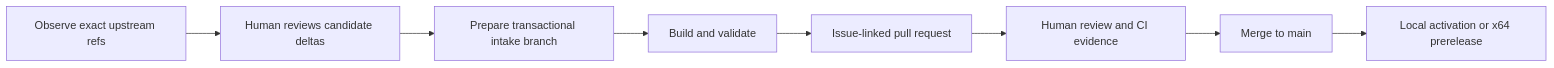
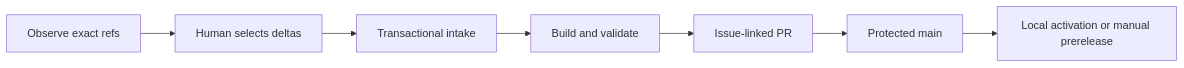
The diagram in README.md (ralabarta/Sf-Cor-Dev), drawn with Mermaid before and after one commit. The commit also changed other lines of this file, not shown here.

````diff
--- a/README.md
+++ b/README.md
@@ -21,10 +21,9 @@
 ```mermaid
 flowchart LR
-    O[Observe exact upstream refs] --> H[Human reviews candidate deltas]
-    H --> I[Prepare transactional intake branch]
+    O[Observe exact refs] --> S[Human selects deltas]
+    S --> I[Transactional intake]
     I --> V[Build and validate]
-    V --> P[Issue-linked pull request]
-    P --> R[Human review and CI evidence]
-    R --> M[Merge to main]
-    M --> A[Local activation or x64 prerelease]
+    V --> P[Issue-linked PR]
+    P --> M[Protected main]
+    M --> D[Local activation or manual prerelease]
 ```
````
